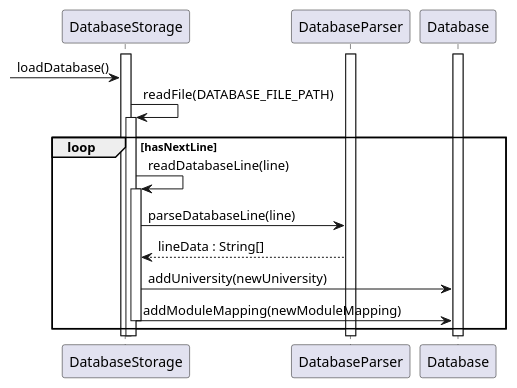
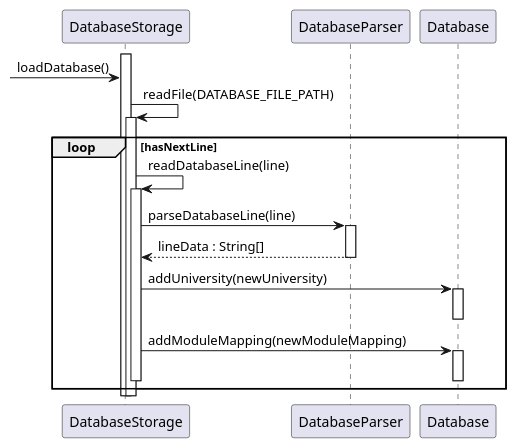
One commit to nus-cs2113-AY2223S1/tp changed the diagram in docs/diagrams/Database_Sequence.puml. Above: the diagram before and after it, drawn with PlantUML. The commit also changed 1 other file, not shown here.

Commit message:
Update database sequence diagram

```diff
--- a/docs/diagrams/Database_Sequence.puml
+++ b/docs/diagrams/Database_Sequence.puml
@@ -1,29 +1,34 @@
 @startuml
 
 activate DatabaseStorage
-activate DatabaseParser
-activate Database
 
 -> DatabaseStorage : loadDatabase()
 
 DatabaseStorage -> DatabaseStorage : readFile(DATABASE_FILE_PATH)
 activate DatabaseStorage
 
 loop hasNextLine
     DatabaseStorage -> DatabaseStorage : readDatabaseLine(line)
     activate DatabaseStorage
+
     DatabaseStorage -> DatabaseParser : parseDatabaseLine(line)
+    activate DatabaseParser
     DatabaseParser --> DatabaseStorage : lineData : String[]
+    deactivate DatabaseParser
 
     DatabaseStorage -> Database : addUniversity(newUniversity)
+    activate Database
+    deactivate Database
+
     DatabaseStorage -> Database : addModuleMapping(newModuleMapping)
+    activate Database
+    deactivate Database
+
     deactivate DatabaseStorage
 end
 
 deactivate DatabaseStorage
 
 deactivate DatabaseStorage
-deactivate DatabaseParser
-deactivate Database
 
 @enduml
```
